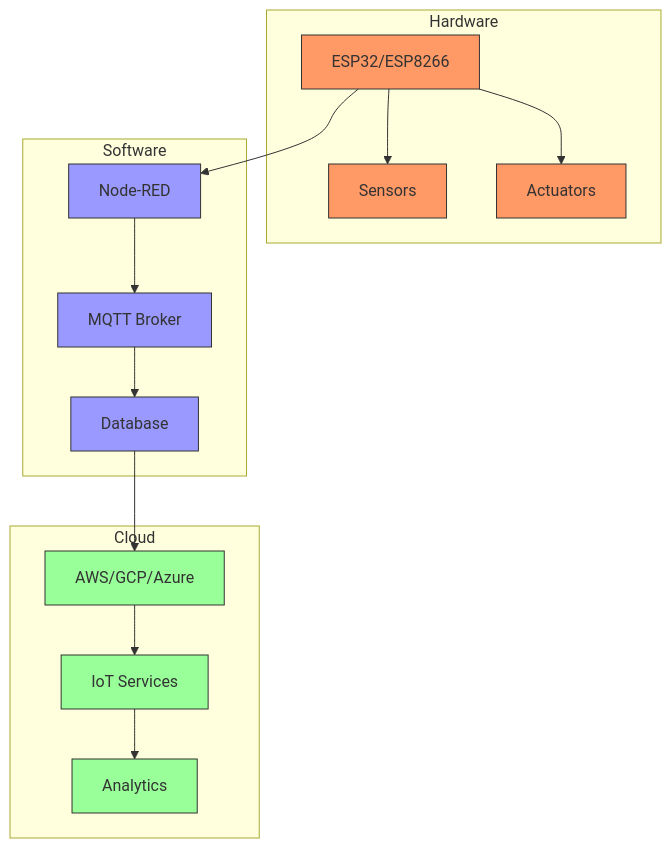
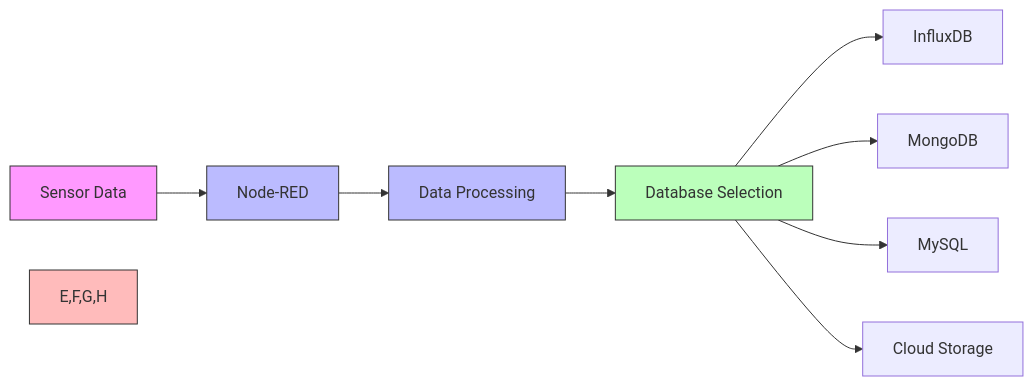
One commit to racksync/workshop-iot changed diagram 18 of 22 in docs/slides.md. Above: the diagram before and after it, drawn with Mermaid. The commit also changed other lines of this file, not shown here.

````diff
--- a/docs/slides.md
+++ b/docs/slides.md
@@ -78,28 +647,16 @@
 ```mermaid
-graph TD
-    subgraph "Hardware"
-        H1[ESP32/ESP8266] --> H2[Sensors]
-        H1 --> H3[Actuators]
-    end
+graph LR
+    A[Sensor Data] --> B[Node-RED]
+    B --> C[Data Processing]
+    C --> D[Database Selection]
+    D --> E[InfluxDB]
+    D --> F[MongoDB]
+    D --> G[MySQL]
+    D --> H[Cloud Storage]
     
-    subgraph "Software"
-        S1[Node-RED] --> S2[MQTT Broker]
-        S2 --> S3[Database]
-    end
-    
-    subgraph "Cloud"
-        C1[AWS/GCP/Azure] --> C2[IoT Services]
-        C2 --> C3[Analytics]
-    end
-    
-    H1 --> S1
-    S3 --> C1
-    
-    classDef hw fill:#f96,stroke:#333
-    classDef sw fill:#99f,stroke:#333
-    classDef cloud fill:#9f9,stroke:#333
-    
-    class H1,H2,H3 hw
-    class S1,S2,S3 sw
-    class C1,C2,C3 cloud
+    style A fill:#f9f,stroke:#333,stroke-width:1px
+    style B fill:#bbf,stroke:#333,stroke-width:1px
+    style C fill:#bbf,stroke:#333,stroke-width:1px
+    style D fill:#bfb,stroke:#333,stroke-width:1px
+    style E,F,G,H fill:#fbb,stroke:#333,stroke-width:1px
 ```
````
